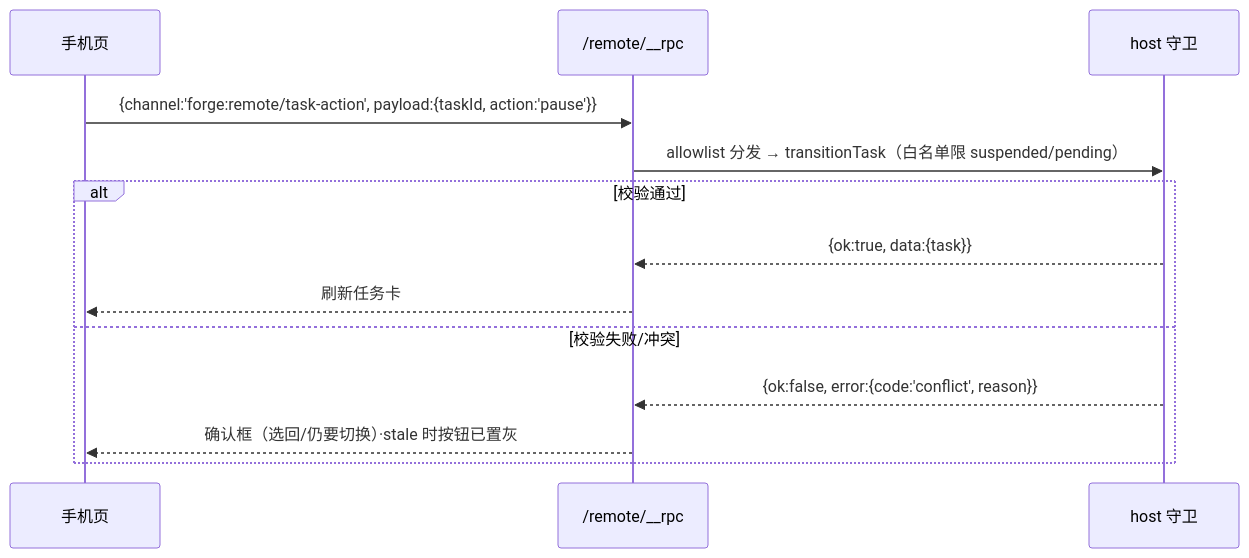
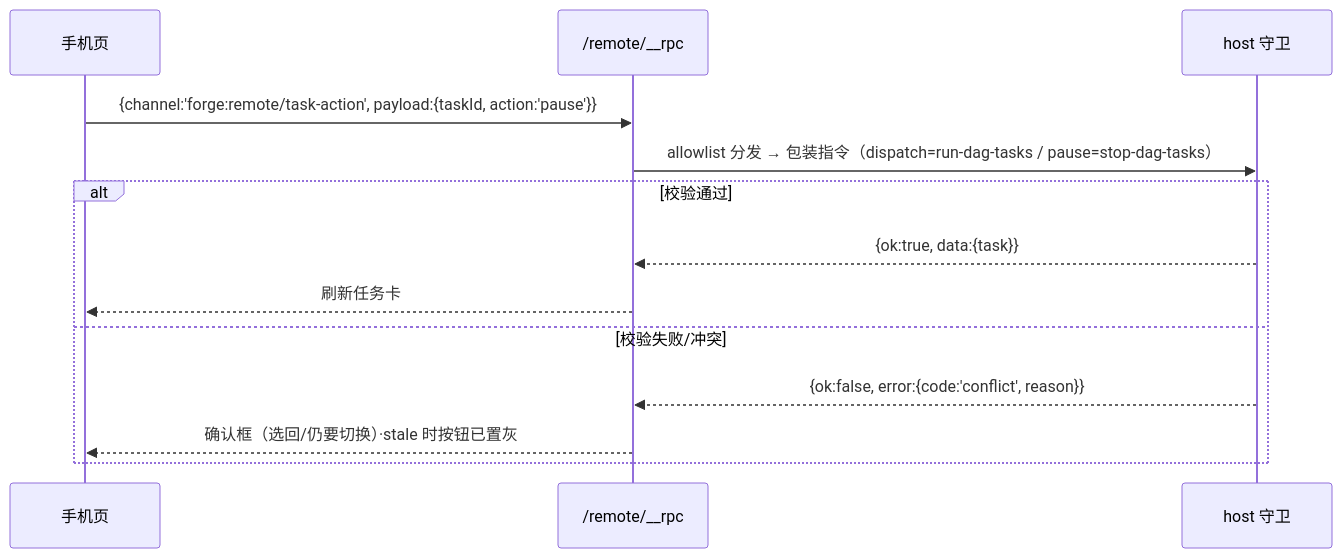
The tenth of 10 diagrams in .forge/docs/features/mobile-ui/design/tech-design.md (bigfaner/dsh-forge), drawn with Mermaid before and after one commit. The commit also changed other lines of this file and 1 other file, not shown here.

First line of the commit message:
docs(feature): task-action 通道修订——派发/暂停按钮为 run/stop-dag-tasks 指令包装

````diff
--- a/.forge/docs/features/mobile-ui/design/tech-design.md
+++ b/.forge/docs/features/mobile-ui/design/tech-design.md
@@ -295,15 +295,15 @@
 ```mermaid
 sequenceDiagram
     participant P as 手机页
     participant RPC as /remote/__rpc
     participant H as host 守卫
     P->>RPC: {channel:'forge:remote/task-action', payload:{taskId, action:'pause'}}
-    RPC->>H: allowlist 分发 → transitionTask（白名单限 suspended/pending）
+    RPC->>H: allowlist 分发 → 包装指令（dispatch=run-dag-tasks / pause=stop-dag-tasks）
     alt 校验通过
         H-->>RPC: {ok:true, data:{task}}
         RPC-->>P: 刷新任务卡
     else 校验失败/冲突
         H-->>RPC: {ok:false, error:{code:'conflict', reason}}
         RPC-->>P: 确认框（选回/仍要切换）·stale 时按钮已置灰
     end
 ```
````
